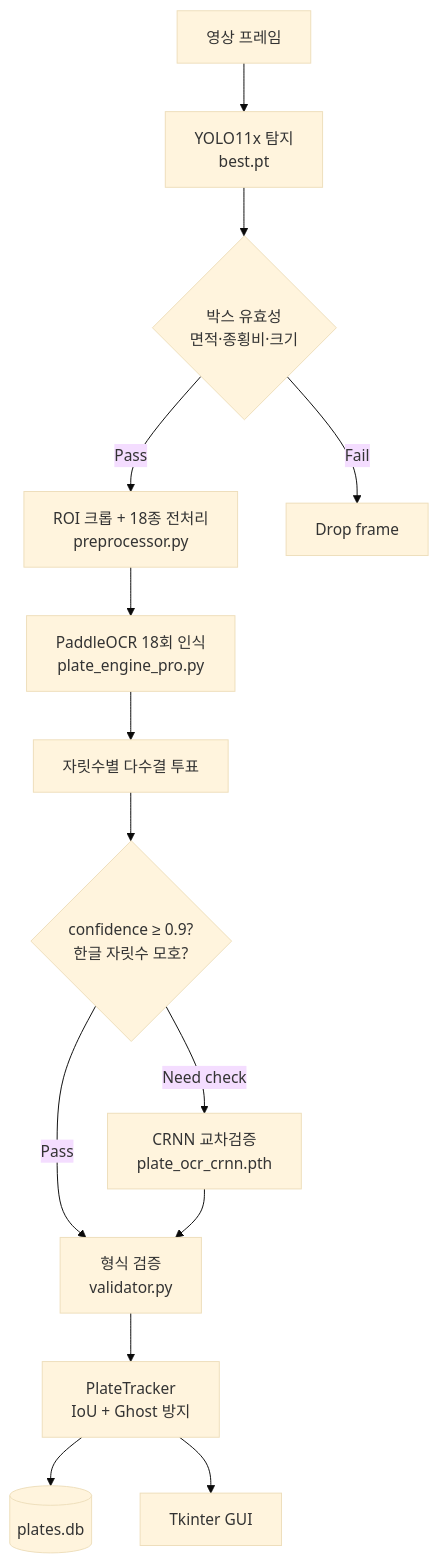
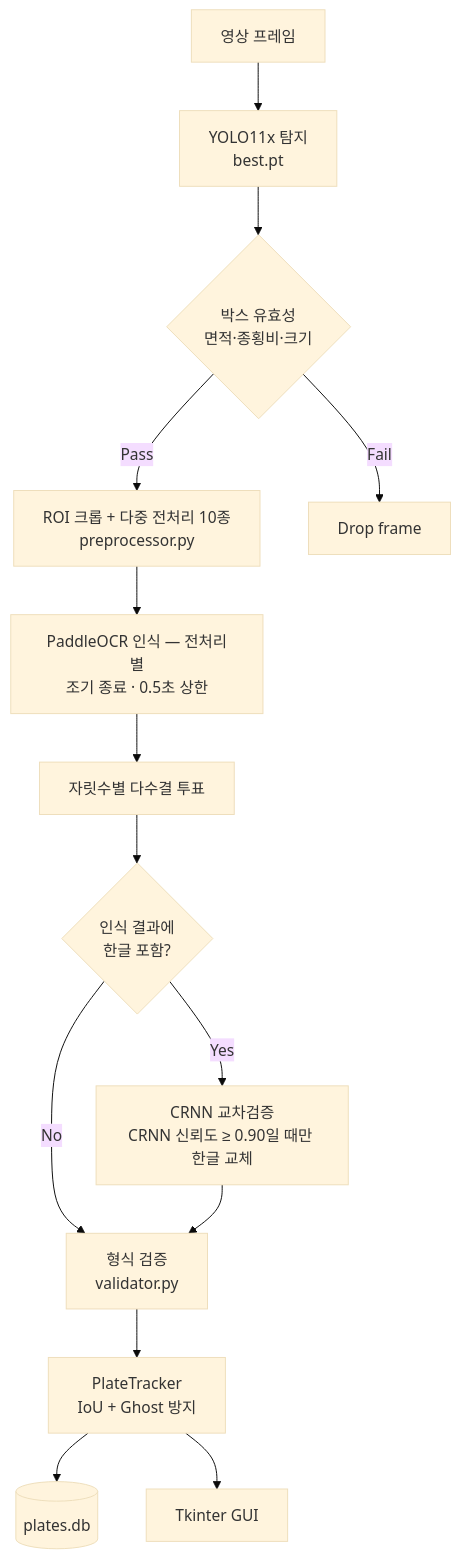
One commit to rhlfur2055-prog/yolo11 changed the first of 2 diagrams in README.md. Above: the diagram before and after it, drawn with Mermaid (base theme). The commit also changed other lines of this file and 3 other files, not shown here.

````diff
--- a/README.md
+++ b/README.md
@@ -30,16 +30,16 @@
 ```mermaid
 flowchart TB
     A[영상 프레임] --> B[YOLO11x 탐지<br/>best.pt]
     B --> C{박스 유효성<br/>면적·종횡비·크기}
-    C -->|Pass| D[ROI 크롭 + 18종 전처리<br/>preprocessor.py]
+    C -->|Pass| D[ROI 크롭 + 다중 전처리 10종<br/>preprocessor.py]
     C -->|Fail| X[Drop frame]
-    D --> E[PaddleOCR 18회 인식<br/>plate_engine_pro.py]
+    D --> E[PaddleOCR 인식 — 전처리별<br/>조기 종료 · 0.5초 상한]
     E --> F[자릿수별 다수결 투표]
-    F --> G{confidence ≥ 0.9?<br/>한글 자릿수 모호?}
-    G -->|Pass| J[형식 검증<br/>validator.py]
-    G -->|Need check| H[CRNN 교차검증<br/>plate_ocr_crnn.pth]
+    F --> G{인식 결과에<br/>한글 포함?}
+    G -->|No| J[형식 검증<br/>validator.py]
+    G -->|Yes| H[CRNN 교차검증<br/>CRNN 신뢰도 ≥ 0.90일 때만 한글 교체]
     H --> J
     J --> K[PlateTracker<br/>IoU + Ghost 방지]
     K --> L[(plates.db)]
     K --> M[Tkinter GUI]
 ```
````
